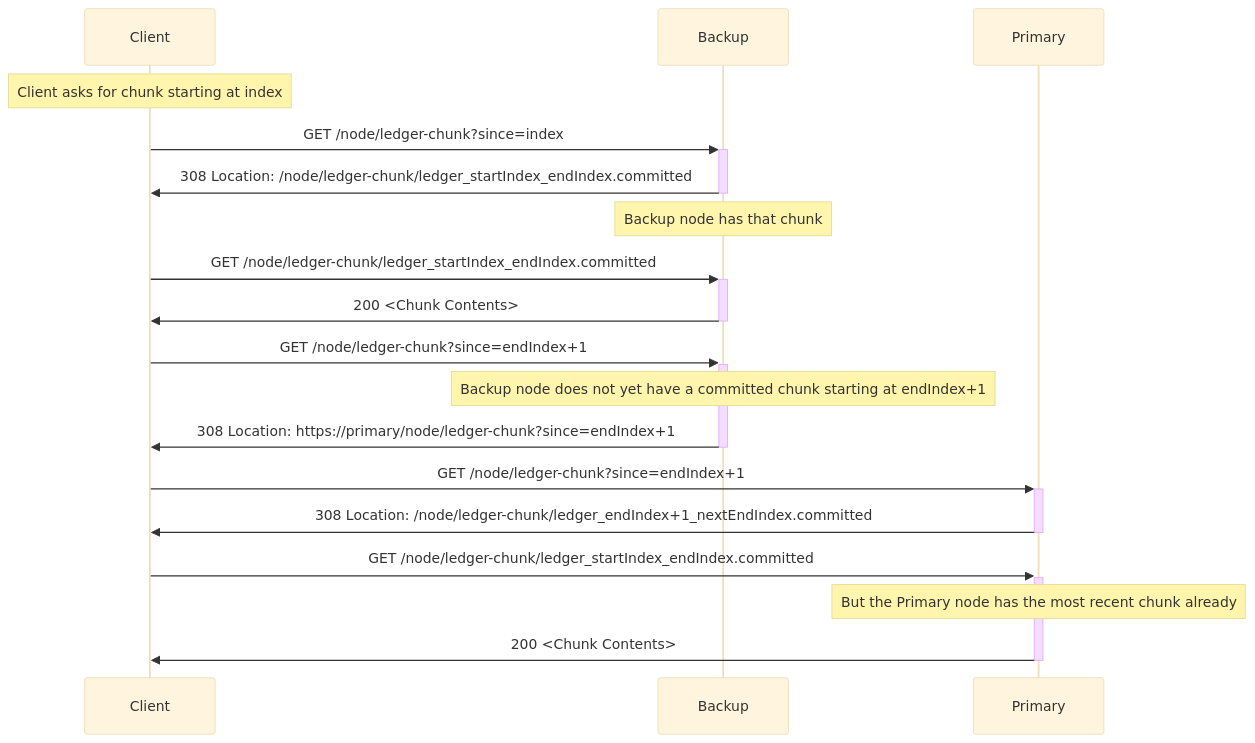
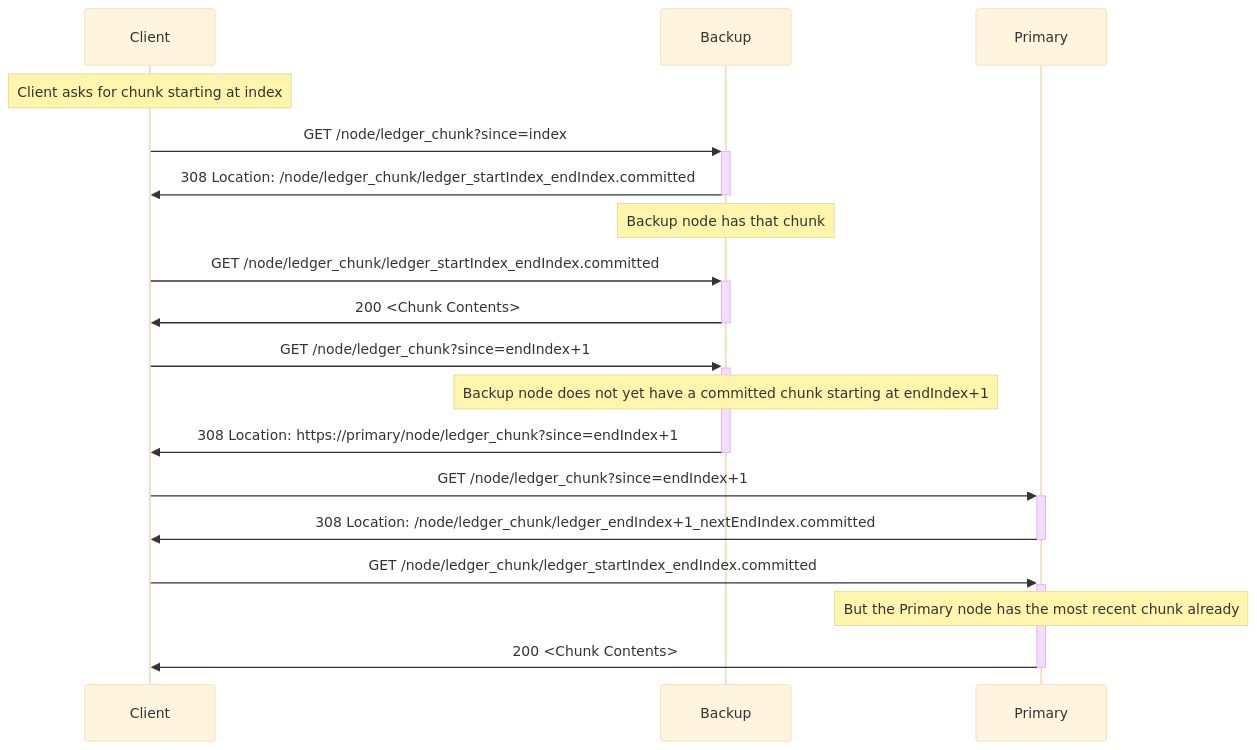
One commit to microsoft/CCF changed the first of 5 diagrams in doc/operations/ledger_snapshot.rst. Above: the diagram before and after it, drawn with Mermaid (base theme). The commit also changed other lines of this file and 4 other files, not shown here.

Commit message:
Rename /node/ledger-chunk to /node/ledger_chunk for consistency

```diff
--- a/doc/operations/ledger_snapshot.rst
+++ b/doc/operations/ledger_snapshot.rst
@@ -60,17 +60,17 @@
 .. mermaid::
 
     sequenceDiagram
         Note over Client: Client asks for chunk starting at index
-        Client->>+Backup: GET /node/ledger-chunk?since=index
-        Backup->>-Client: 308 Location: /node/ledger-chunk/ledger_startIndex_endIndex.committed
+        Client->>+Backup: GET /node/ledger_chunk?since=index
+        Backup->>-Client: 308 Location: /node/ledger_chunk/ledger_startIndex_endIndex.committed
         Note over Backup: Backup node has that chunk
-        Client->>+Backup: GET /node/ledger-chunk/ledger_startIndex_endIndex.committed
+        Client->>+Backup: GET /node/ledger_chunk/ledger_startIndex_endIndex.committed
         Backup->>-Client: 200 <Chunk Contents>
-        Client->>+Backup: GET /node/ledger-chunk?since=endIndex+1
+        Client->>+Backup: GET /node/ledger_chunk?since=endIndex+1
         Note over Backup: Backup node does not yet have a committed chunk starting at endIndex+1
-        Backup->>-Client: 308 Location: https://primary/node/ledger-chunk?since=endIndex+1
-        Client->>+Primary: GET /node/ledger-chunk?since=endIndex+1
-        Primary->>-Client: 308 Location: /node/ledger-chunk/ledger_endIndex+1_nextEndIndex.committed
-        Client->>+Primary: GET /node/ledger-chunk/ledger_startIndex_endIndex.committed
+        Backup->>-Client: 308 Location: https://primary/node/ledger_chunk?since=endIndex+1
+        Client->>+Primary: GET /node/ledger_chunk?since=endIndex+1
+        Primary->>-Client: 308 Location: /node/ledger_chunk/ledger_endIndex+1_nextEndIndex.committed
+        Client->>+Primary: GET /node/ledger_chunk/ledger_startIndex_endIndex.committed
         Note over Primary: But the Primary node has the most recent chunk already
         Primary->>-Client: 200 <Chunk Contents>
```
